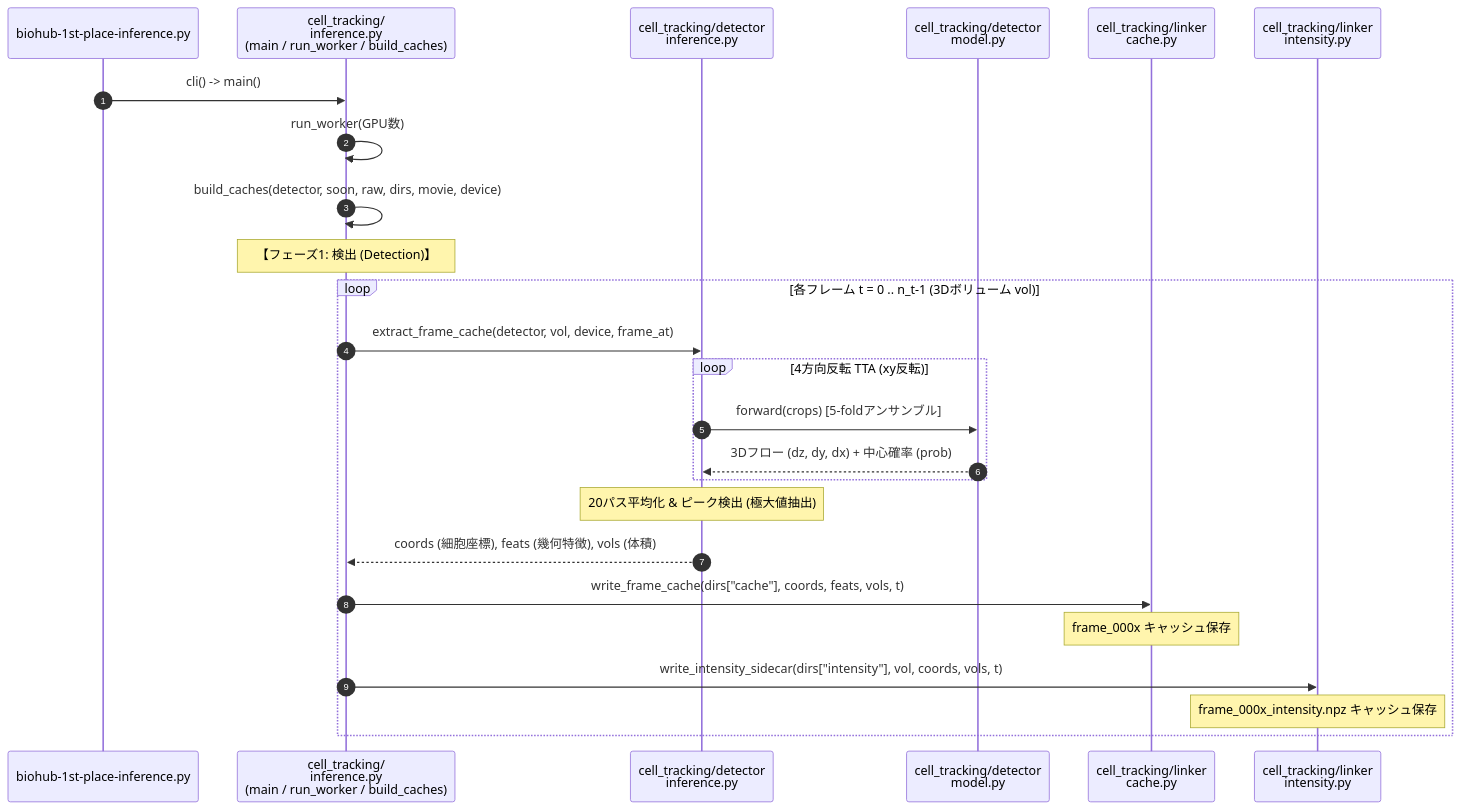
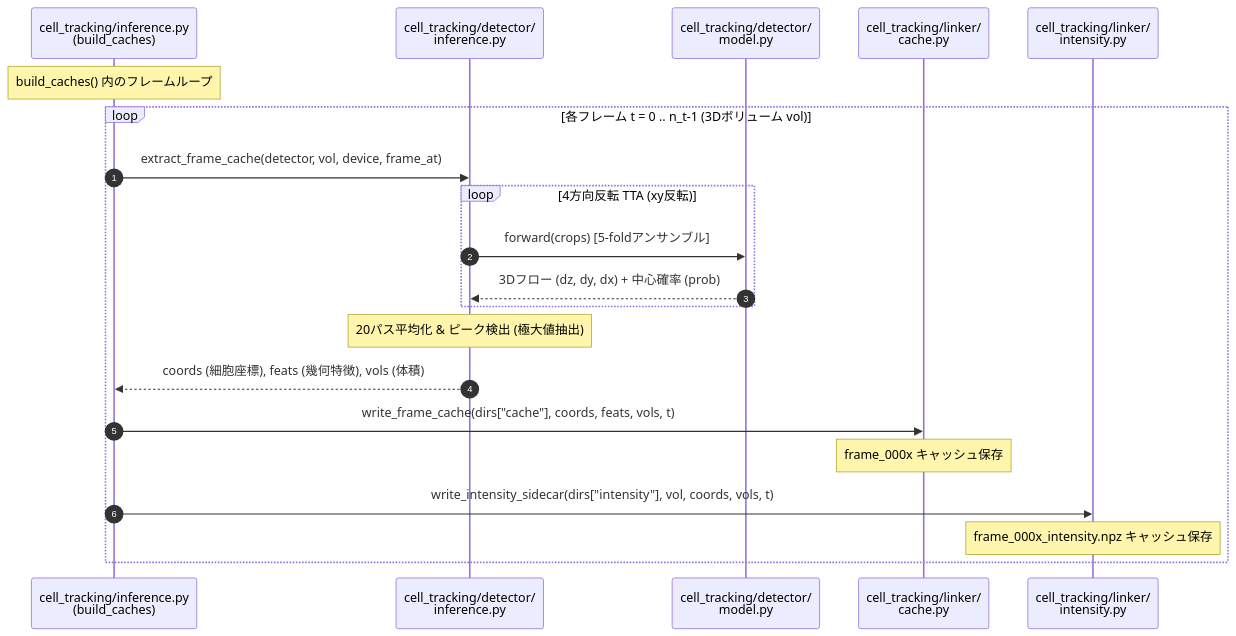
Before and after one commit to kito2718/kaggle_Biohub-Cell_Tracking_During_Development: the third of 6 diagrams in episode/Summary&Conclusion/1st-place-summary.md, drawn with Mermaid.

````diff
--- a/episode/Summary&Conclusion/1st-place-summary.md
+++ b/episode/Summary&Conclusion/1st-place-summary.md
@@ -201,28 +201,24 @@
 ```mermaid
 sequenceDiagram
     autonumber
-    participant Entry as biohub-1st-place-inference.py
-    participant Main as cell_tracking/<br/>inference.py<br/>(main / run_worker / build_caches)
-    participant DetMod as cell_tracking/detector<br/>inference.py
-    participant UNet as cell_tracking/detector<br/>model.py
-    participant LinkCache as cell_tracking/linker<br/>cache.py
-    participant IntSidecar as cell_tracking/linker<br/>intensity.py
+    participant Main as cell_tracking/inference.py<br/>(build_caches)
+    participant DetMod as cell_tracking/detector/<br/>inference.py
+    participant UNet as cell_tracking/detector/<br/>model.py
+    participant LinkCache as cell_tracking/linker/<br/>cache.py
+    participant IntSidecar as cell_tracking/linker/<br/>intensity.py
 
-    Entry->>Main: cli() -> main()
-    Main->>Main: run_worker(GPU数)
-    Main->>Main: build_caches(detector, soon, raw, dirs, movie, device)
-    Note over Main: 【フェーズ1: 検出 (Detection)】
+    Note over Main: build_caches() 内のフレームループ
     loop 各フレーム t = 0 .. n_t-1 (3Dボリューム vol)
         Main->>DetMod: extract_frame_cache(detector, vol, device, frame_at)
         loop 4方向反転 TTA (xy反転)
             DetMod->>UNet: forward(crops) [5-foldアンサンブル]
             UNet-->>DetMod: 3Dフロー (dz, dy, dx) + 中心確率 (prob)
         end
         Note over DetMod: 20パス平均化 & ピーク検出 (極大値抽出)
         DetMod-->>Main: coords (細胞座標), feats (幾何特徴), vols (体積)
         Main->>LinkCache: write_frame_cache(dirs["cache"], coords, feats, vols, t)
         Note over LinkCache: frame_000x キャッシュ保存
         Main->>IntSidecar: write_intensity_sidecar(dirs["intensity"], vol, coords, vols, t)
         Note over IntSidecar: frame_000x_intensity.npz キャッシュ保存
     end
 ```
````
